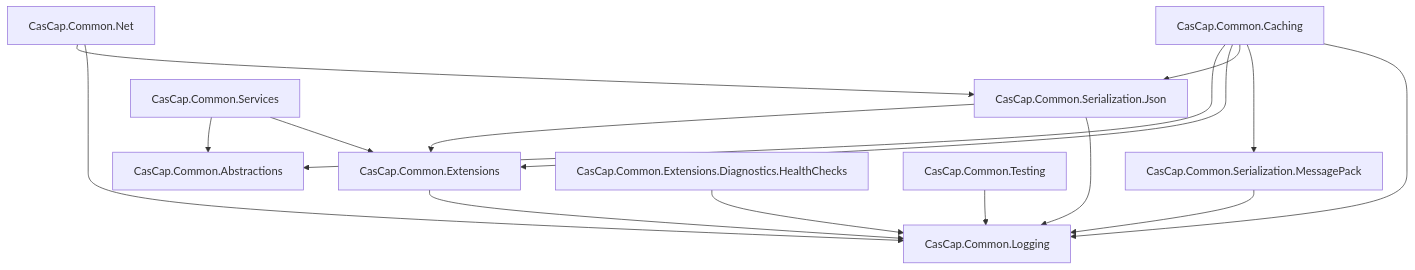
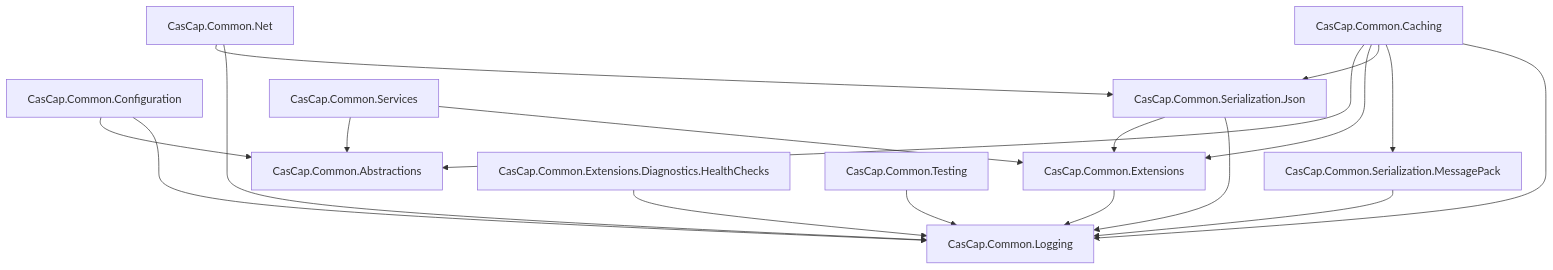
The first of 2 diagrams in README.md (f2calv/CasCap.Common), drawn with Mermaid before and after one commit. The commit also changed other lines of this file and 7 other files, not shown here.

````diff
--- a/README.md
+++ b/README.md
@@ -69,29 +73,32 @@
 ```mermaid
 graph TD
     Logging[CasCap.Common.Logging]
     Abstractions[CasCap.Common.Abstractions]
     Extensions[CasCap.Common.Extensions]
+    Configuration[CasCap.Common.Configuration]
     SerJson[CasCap.Common.Serialization.Json]
     SerMsgPack[CasCap.Common.Serialization.MessagePack]
     Net[CasCap.Common.Net]
     Caching[CasCap.Common.Caching]
     Services[CasCap.Common.Services]
     HealthChecks[CasCap.Common.Extensions.Diagnostics.HealthChecks]
     Testing[CasCap.Common.Testing]
 
     Extensions --> Logging
+    Configuration --> Abstractions
+    Configuration --> Logging
     SerJson --> Extensions
     SerJson --> Logging
     SerMsgPack --> Logging
     Net --> SerJson
     Net --> Logging
     HealthChecks --> Logging
     Testing --> Logging
     Services --> Abstractions
     Services --> Extensions
     Caching --> Abstractions
     Caching --> Extensions
     Caching --> SerJson
     Caching --> SerMsgPack
     Caching --> Logging
 ```
````
